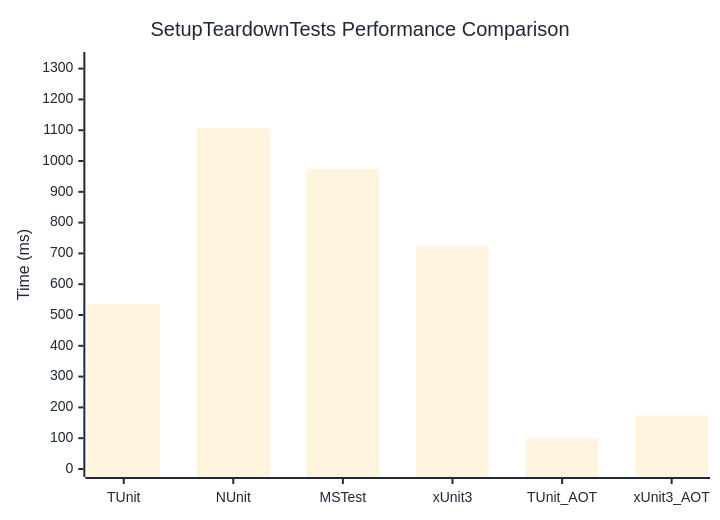
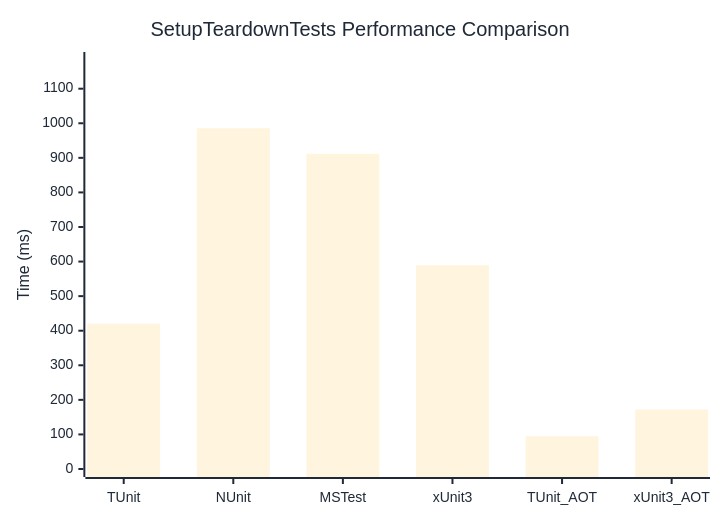
Before and after one commit to thomhurst/TUnit: the diagram in docs/docs/benchmarks/engine/SetupTeardownTests.md, drawn with Mermaid. The commit also changed other lines of this file and 18 other files, not shown here.

````diff
--- a/docs/docs/benchmarks/engine/SetupTeardownTests.md
+++ b/docs/docs/benchmarks/engine/SetupTeardownTests.md
@@ -30,37 +30,37 @@
 ```mermaid
 %%{init: {
   'theme':'base',
   'themeVariables': {
     'primaryColor': '#2563eb',
     'primaryTextColor': '#1f2937',
     'primaryBorderColor': '#1e40af',
     'lineColor': '#6b7280',
     'secondaryColor': '#7c3aed',
     'tertiaryColor': '#dc2626',
     'background': '#ffffff',
     'mainBkg': '#2563eb',
     'secondBkg': '#7c3aed',
     'tertiaryBkg': '#dc2626',
     'clusterBkg': '#f3f4f6',
     'edgeLabelBackground': '#ffffff',
     'tertiaryTextColor': '#1f2937',
     'pie1': '#2563eb',
     'pie2': '#7c3aed',
     'pie3': '#dc2626',
     'pie4': '#f59e0b',
     'pie5': '#10b981',
     'pie6': '#06b6d4',
     'pie7': '#ec4899',
     'pie8': '#6366f1',
     'pie9': '#84cc16',
     'pie10': '#f97316',
     'pie11': '#14b8a6',
     'pie12': '#a855f7'
   }
 }}%%
 xychart-beta
   title "SetupTeardownTests Performance Comparison"
   x-axis ["TUnit", "NUnit", "MSTest", "xUnit3", "TUnit_AOT", "xUnit3_AOT"]
-  y-axis "Time (ms)" 0 --> 1328
-  bar [536.23, 1106.07, 974.33, 723.51, 99.36, 174.2]
+  y-axis "Time (ms)" 0 --> 1183
+  bar [420.16, 985.63, 911.71, 589.01, 94.64, 171.9]
 ```
````
